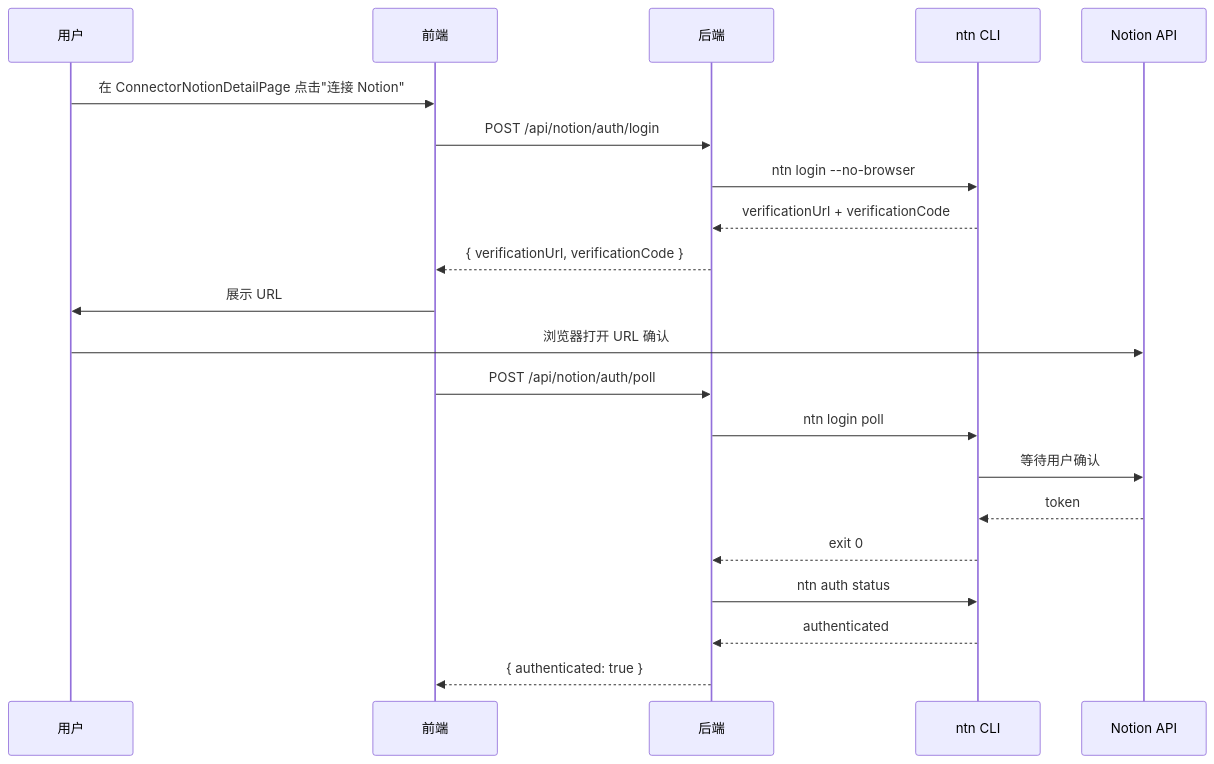
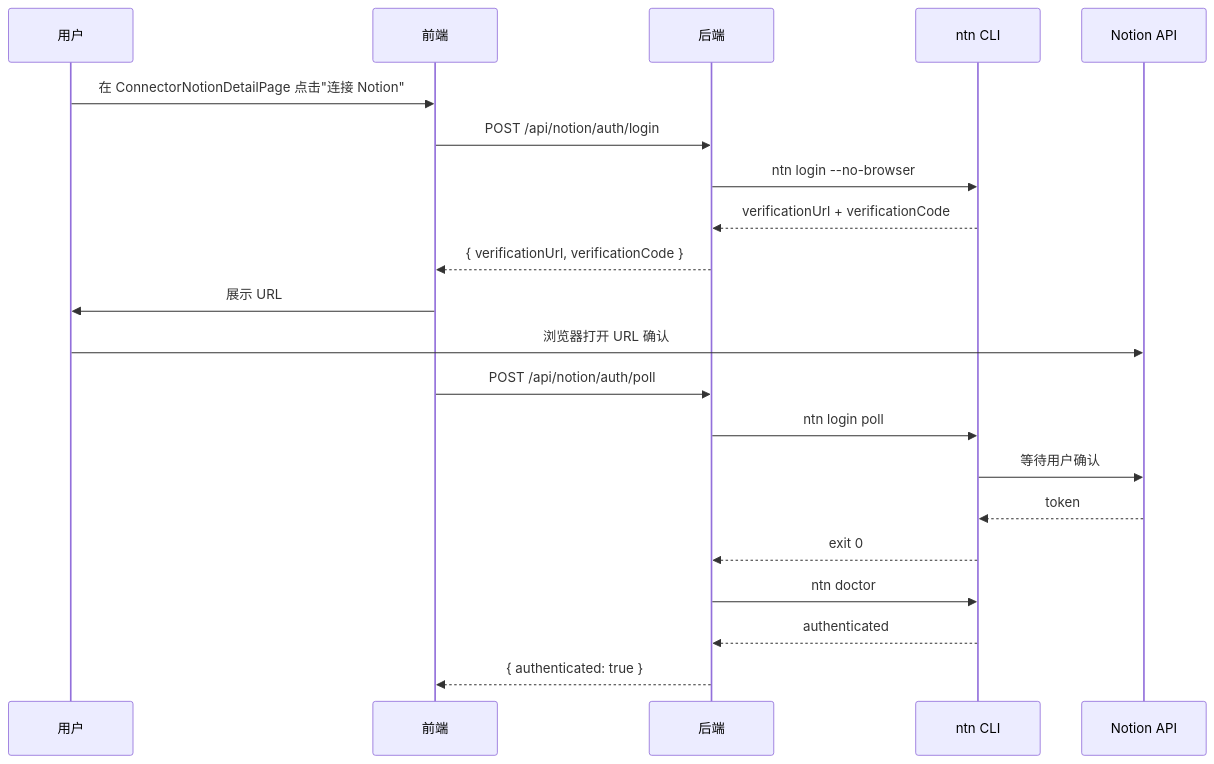
One commit to glide-the/im-dream changed the first of 3 diagrams in docs/design/notion-session/connector-interaction.md. Above: the diagram before and after it, drawn with Mermaid. The commit also changed other lines of this file and 83 other files, not shown here.

````diff
--- a/docs/design/notion-session/connector-interaction.md
+++ b/docs/design/notion-session/connector-interaction.md
@@ -481,24 +477,24 @@
 ```mermaid
 sequenceDiagram
     participant User as 用户
     participant Front as 前端
     participant Back as 后端
     participant CLI as ntn CLI
     participant Notion as Notion API
 
     User->>Front: 在 ConnectorNotionDetailPage 点击"连接 Notion"
     Front->>Back: POST /api/notion/auth/login
     Back->>CLI: ntn login --no-browser
     CLI-->>Back: verificationUrl + verificationCode
     Back-->>Front: { verificationUrl, verificationCode }
     Front->>User: 展示 URL
     User->>Notion: 浏览器打开 URL 确认
     Front->>Back: POST /api/notion/auth/poll
     Back->>CLI: ntn login poll
     CLI->>Notion: 等待用户确认
     Notion-->>CLI: token
     CLI-->>Back: exit 0
-    Back->>CLI: ntn auth status
+    Back->>CLI: ntn doctor
     CLI-->>Back: authenticated
     Back-->>Front: { authenticated: true }
 ```
````
